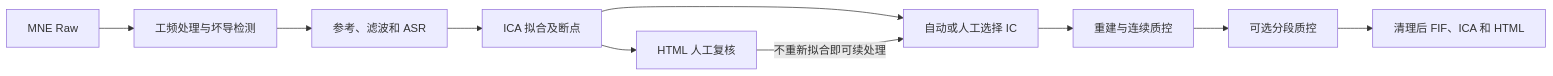
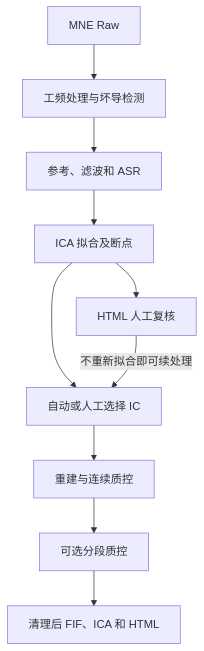
One commit to LeiGuo0812/eegproc changed the diagram in README.zh-CN.md. Above: the diagram before and after it, drawn with Mermaid. The commit also changed 109 other files, not shown here.

Commit message:
Keep current eegproc package and vertical workflow diagrams

````diff
--- a/README.zh-CN.md
+++ b/README.zh-CN.md
@@ -62,12 +62,14 @@
 ```mermaid
-flowchart LR
+flowchart TB
+    accTitle: EEG preprocessing workflow
+    accDescr: Top-down sequence of processing, review decisions, or delivered files.
     A[MNE Raw] --> B[工频处理与坏导检测]
     B --> C[参考、滤波和 ASR]
     C --> D[ICA 拟合及断点]
     D --> E[自动或人工选择 IC]
     E --> F[重建与连续质控]
     F --> G[可选分段质控]
     G --> H[清理后 FIF、ICA 和 HTML]
     D --> I[HTML 人工复核]
     I -->|不重新拟合即可续处理| E
 ```
````
